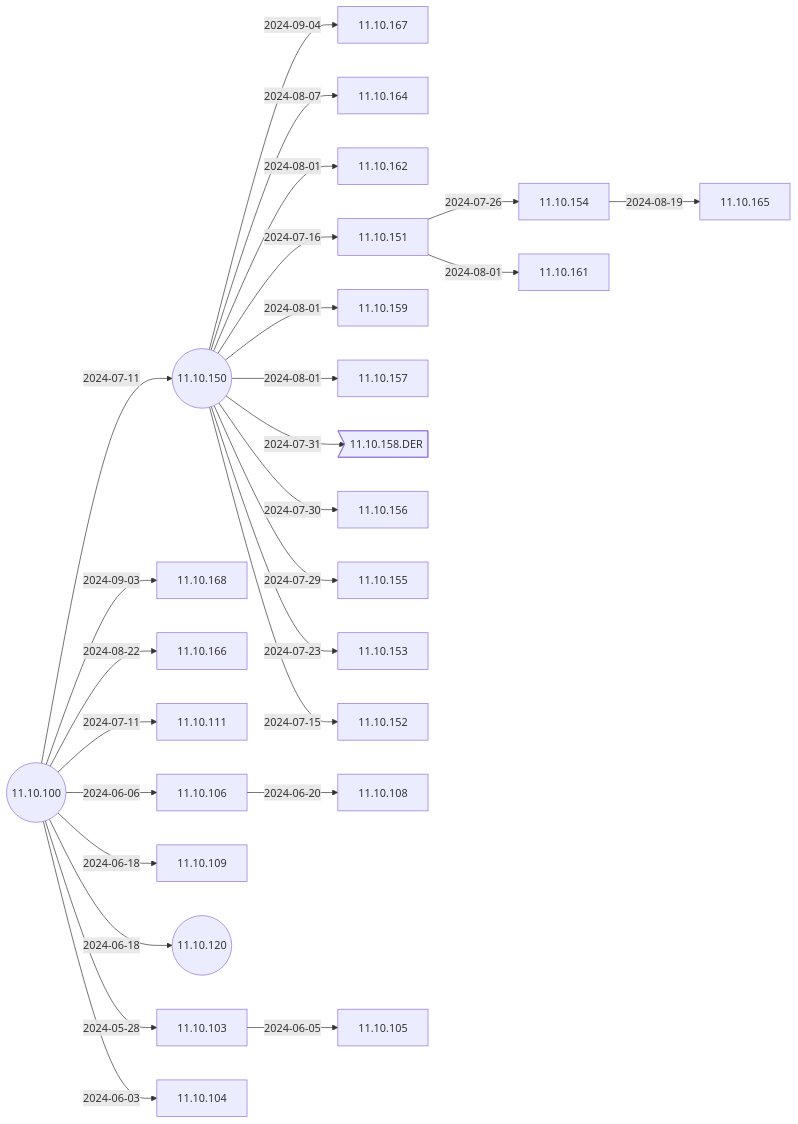
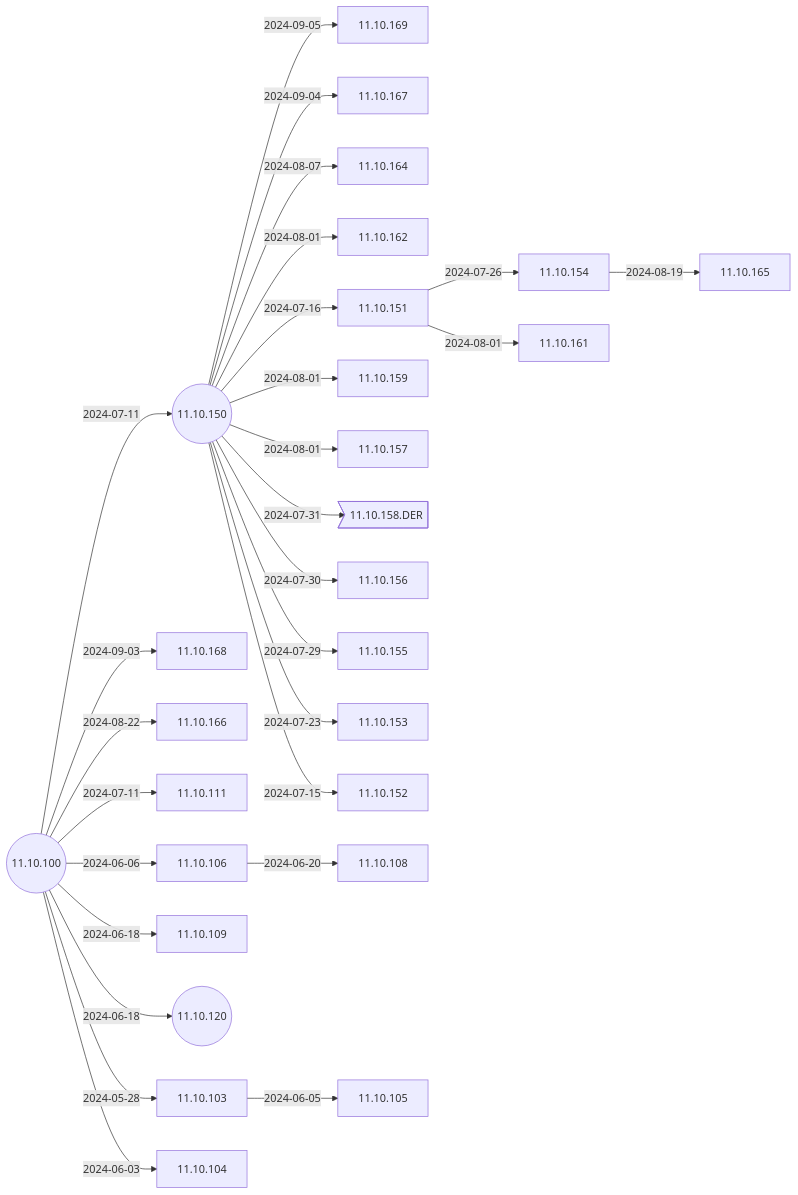
One commit to IGEL-Community/IGEL-Docs-v02 changed the second of 6 diagrams in docs/Docs/ReleaseNotes/01-OS11/README.md. Above: the diagram before and after it, drawn with Mermaid. The commit also changed 2 other files, not shown here.

Commit message:
11.10.169 < 11.10.150 11.10.169 < 11.10.150

````diff
--- a/docs/Docs/ReleaseNotes/01-OS11/README.md
+++ b/docs/Docs/ReleaseNotes/01-OS11/README.md
@@ -41,55 +41,57 @@
 ```mermaid
 flowchart LR
+    11.10.150-- 2024-09-05 -->11.10.169
     11.10.150-- 2024-09-04 -->11.10.167
     11.10.100-- 2024-09-03 -->11.10.168
     11.10.100-- 2024-08-22 -->11.10.166
     11.10.154-- 2024-08-19 -->11.10.165
     11.10.150-- 2024-08-07 -->11.10.164
     11.10.150-- 2024-08-01 -->11.10.162
     11.10.151-- 2024-08-01 -->11.10.161
     11.10.150-- 2024-08-01 -->11.10.159
     11.10.150-- 2024-08-01 -->11.10.157
     11.10.150-- 2024-07-31 -->11.10.158.DER>11.10.158.DER]
     11.10.150-- 2024-07-30 -->11.10.156
     11.10.150-- 2024-07-29 -->11.10.155
     11.10.151-- 2024-07-26 -->11.10.154
     11.10.150-- 2024-07-23 -->11.10.153
     11.10.150-- 2024-07-16 -->11.10.151
     11.10.150-- 2024-07-15 -->11.10.152
     11.10.100-- 2024-07-11 -->11.10.150((11.10.150))
     11.10.100-- 2024-07-11 -->11.10.111
     11.10.106-- 2024-06-20 -->11.10.108
     11.10.100-- 2024-06-18 -->11.10.109
     11.10.100-- 2024-06-18 -->11.10.120((11.10.120))
     11.10.100-- 2024-06-06 -->11.10.106
     11.10.103-- 2024-06-05 -->11.10.105
     11.10.100-- 2024-06-03 -->11.10.104
     11.10.100-- 2024-05-28 -->11.10.103
     11.10.100((11.10.100))
+    click 11.10.169 "https://github.com/IGEL-Community/IGEL-Docs-v02/tree/main/docs/Docs/ReleaseNotes/01-OS11/readme11.10.169.txt" _blank
     click 11.10.167 "https://github.com/IGEL-Community/IGEL-Docs-v02/tree/main/docs/Docs/ReleaseNotes/01-OS11/readme11.10.167.txt" _blank
     click 11.10.168 "https://github.com/IGEL-Community/IGEL-Docs-v02/tree/main/docs/Docs/ReleaseNotes/01-OS11/readme11.10.168.txt" _blank
     click 11.10.166 "https://github.com/IGEL-Community/IGEL-Docs-v02/tree/main/docs/Docs/ReleaseNotes/01-OS11/readme11.10.166.txt" _blank
     click 11.10.165 "https://github.com/IGEL-Community/IGEL-Docs-v02/tree/main/docs/Docs/ReleaseNotes/01-OS11/readme11.10.165.txt" _blank
     click 11.10.164 "https://github.com/IGEL-Community/IGEL-Docs-v02/tree/main/docs/Docs/ReleaseNotes/01-OS11/readme11.10.164.txt" _blank
     click 11.10.162 "https://github.com/IGEL-Community/IGEL-Docs-v02/tree/main/docs/Docs/ReleaseNotes/01-OS11/readme11.10.162.txt" _blank
     click 11.10.161 "https://github.com/IGEL-Community/IGEL-Docs-v02/tree/main/docs/Docs/ReleaseNotes/01-OS11/readme11.10.161.txt" _blank
     click 11.10.159 "https://github.com/IGEL-Community/IGEL-Docs-v02/tree/main/docs/Docs/ReleaseNotes/01-OS11/readme11.10.159.txt" _blank
     click 11.10.157 "https://github.com/IGEL-Community/IGEL-Docs-v02/tree/main/docs/Docs/ReleaseNotes/01-OS11/readme11.10.157.txt" _blank
     click 11.10.158.DER "https://github.com/IGEL-Community/IGEL-Docs-v02/tree/main/docs/Docs/ReleaseNotes/01-OS11/readme11.10.158.DER.txt" _blank
     click 11.10.156 "https://github.com/IGEL-Community/IGEL-Docs-v02/tree/main/docs/Docs/ReleaseNotes/01-OS11/readme11.10.156.txt" _blank
     click 11.10.155 "https://github.com/IGEL-Community/IGEL-Docs-v02/tree/main/docs/Docs/ReleaseNotes/01-OS11/readme11.10.155.txt" _blank
     click 11.10.154 "https://github.com/IGEL-Community/IGEL-Docs-v02/tree/main/docs/Docs/ReleaseNotes/01-OS11/readme11.10.154.txt" _blank
     click 11.10.153 "https://github.com/IGEL-Community/IGEL-Docs-v02/tree/main/docs/Docs/ReleaseNotes/01-OS11/readme11.10.153.txt" _blank
     click 11.10.151 "https://github.com/IGEL-Community/IGEL-Docs-v02/tree/main/docs/Docs/ReleaseNotes/01-OS11/readme11.10.151.txt" _blank
     click 11.10.152 "https://github.com/IGEL-Community/IGEL-Docs-v02/tree/main/docs/Docs/ReleaseNotes/01-OS11/readme11.10.152.txt" _blank
     click 11.10.111 "https://github.com/IGEL-Community/IGEL-Docs-v02/tree/main/docs/Docs/ReleaseNotes/01-OS11/readme11.10.111.txt" _blank
     click 11.10.150 "https://github.com/IGEL-Community/IGEL-Docs-v02/tree/main/docs/Docs/ReleaseNotes/01-OS11/readme11.10.150.txt" _blank
     click 11.10.108 "https://github.com/IGEL-Community/IGEL-Docs-v02/tree/main/docs/Docs/ReleaseNotes/01-OS11/readme11.10.108.txt" _blank
     click 11.10.109 "https://github.com/IGEL-Community/IGEL-Docs-v02/tree/main/docs/Docs/ReleaseNotes/01-OS11/readme11.10.109.txt" _blank
     click 11.10.120 "https://github.com/IGEL-Community/IGEL-Docs-v02/tree/main/docs/Docs/ReleaseNotes/01-OS11/readme11.10.120.txt" _blank
     click 11.10.106 "https://github.com/IGEL-Community/IGEL-Docs-v02/tree/main/docs/Docs/ReleaseNotes/01-OS11/readme11.10.106.txt" _blank
     click 11.10.105 "https://github.com/IGEL-Community/IGEL-Docs-v02/tree/main/docs/Docs/ReleaseNotes/01-OS11/readme11.10.105.txt" _blank
     click 11.10.104 "https://github.com/IGEL-Community/IGEL-Docs-v02/tree/main/docs/Docs/ReleaseNotes/01-OS11/readme11.10.104.txt" _blank
     click 11.10.103 "https://github.com/IGEL-Community/IGEL-Docs-v02/tree/main/docs/Docs/ReleaseNotes/01-OS11/readme11.10.103.txt" _blank
     click 11.10.100 "https://github.com/IGEL-Community/IGEL-Docs-v02/tree/main/docs/Docs/ReleaseNotes/01-OS11/readme11.10.100.txt" _blank
 ```
````
